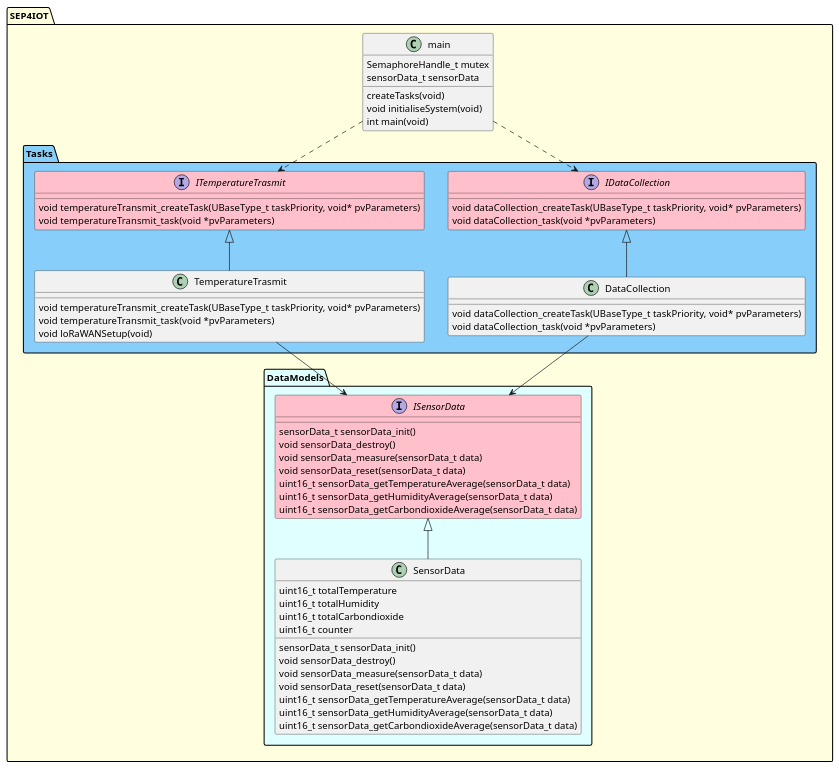
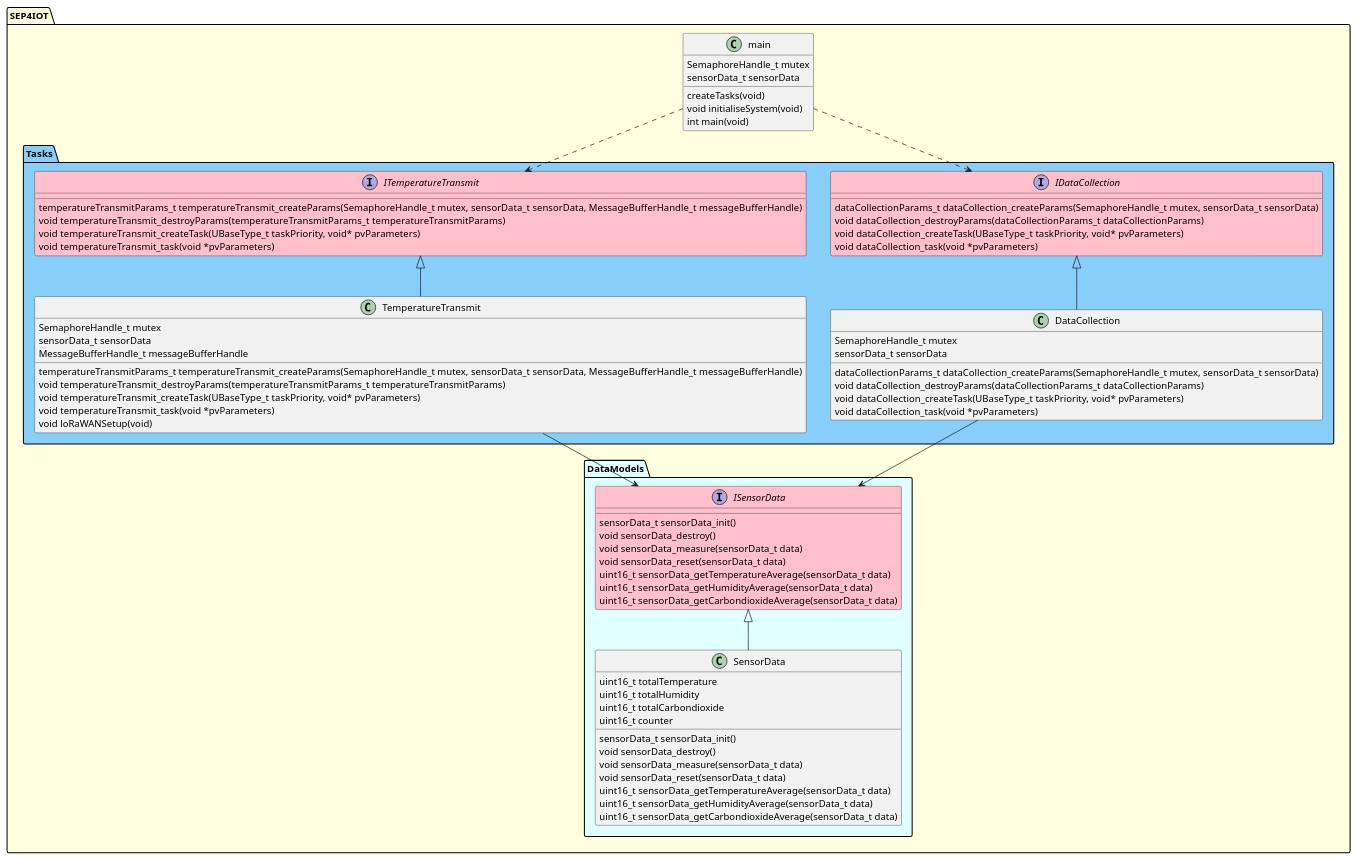
One commit to SEP4-DK1/SEP4-IOT changed the diagram in SEP4-IOT/PlantUML/classDiagram.puml. Above: the diagram before and after it, drawn with PlantUML.

Commit message:
Update classDiagram.puml
- Updated the diagram

```diff
--- a/SEP4-IOT/PlantUML/classDiagram.puml
+++ b/SEP4-IOT/PlantUML/classDiagram.puml
@@ -1,68 +1,82 @@
 @startuml ClassDiagram
 namespace SEP4IOT #LightYellow {
     class main {
         {field} SemaphoreHandle_t mutex
         {field} sensorData_t sensorData
         {method} createTasks(void)
         {method} void initialiseSystem(void)
         {method} int main(void)
     }
 
     namespace DataModels #LightCyan {
         interface ISensorData #Pink {
             {method} sensorData_t sensorData_init()
             {method} void sensorData_destroy()
             {method} void sensorData_measure(sensorData_t data)
             {method} void sensorData_reset(sensorData_t data)
             {method} uint16_t sensorData_getTemperatureAverage(sensorData_t data)
             {method} uint16_t sensorData_getHumidityAverage(sensorData_t data)
             {method} uint16_t sensorData_getCarbondioxideAverage(sensorData_t data)
         }
         
         class SensorData {
             {field} uint16_t totalTemperature
             {field} uint16_t totalHumidity
             {field} uint16_t totalCarbondioxide
             {field} uint16_t counter
             {method} sensorData_t sensorData_init()
             {method} void sensorData_destroy()
             {method} void sensorData_measure(sensorData_t data)
             {method} void sensorData_reset(sensorData_t data)
             {method} uint16_t sensorData_getTemperatureAverage(sensorData_t data)
             {method} uint16_t sensorData_getHumidityAverage(sensorData_t data)
             {method} uint16_t sensorData_getCarbondioxideAverage(sensorData_t data)
         }
         ISensorData <|-- SensorData
     }
     namespace Tasks #LightSkyBlue {
+
         interface IDataCollection #Pink {
+            {method} dataCollectionParams_t dataCollection_createParams(SemaphoreHandle_t mutex, sensorData_t sensorData)
+            {method} void dataCollection_destroyParams(dataCollectionParams_t dataCollectionParams)
             {method} void dataCollection_createTask(UBaseType_t taskPriority, void* pvParameters)
             {method} void dataCollection_task(void *pvParameters)
         }
 
         class DataCollection{
+            {field} SemaphoreHandle_t mutex
+            {field} sensorData_t sensorData
+            {method} dataCollectionParams_t dataCollection_createParams(SemaphoreHandle_t mutex, sensorData_t sensorData)
+            {method} void dataCollection_destroyParams(dataCollectionParams_t dataCollectionParams)
             {method} void dataCollection_createTask(UBaseType_t taskPriority, void* pvParameters)
             {method} void dataCollection_task(void *pvParameters)
         }
 
-        interface ITemperatureTrasmit #Pink {
+        interface ITemperatureTransmit #Pink {
+            {method} temperatureTransmitParams_t temperatureTransmit_createParams(SemaphoreHandle_t mutex, sensorData_t sensorData, MessageBufferHandle_t messageBufferHandle)
+            {method} void temperatureTransmit_destroyParams(temperatureTransmitParams_t temperatureTransmitParams)
             {method} void temperatureTransmit_createTask(UBaseType_t taskPriority, void* pvParameters)
             {method} void temperatureTransmit_task(void *pvParameters)
         }
 
-        class TemperatureTrasmit {
+        class TemperatureTransmit {
+            {field} SemaphoreHandle_t mutex
+            {field} sensorData_t sensorData
+            {field} MessageBufferHandle_t messageBufferHandle
+            {method} temperatureTransmitParams_t temperatureTransmit_createParams(SemaphoreHandle_t mutex, sensorData_t sensorData, MessageBufferHandle_t messageBufferHandle)
+            {method} void temperatureTransmit_destroyParams(temperatureTransmitParams_t temperatureTransmitParams)
             {method} void temperatureTransmit_createTask(UBaseType_t taskPriority, void* pvParameters)
             {method} void temperatureTransmit_task(void *pvParameters)
             {method} void loRaWANSetup(void)
         }
 
-        ITemperatureTrasmit <|-- TemperatureTrasmit
+        ITemperatureTransmit <|-- TemperatureTransmit
         IDataCollection <|-- DataCollection
     }
 
-    SEP4IOT.main ..> SEP4IOT.Tasks.ITemperatureTrasmit
+    SEP4IOT.main ..> SEP4IOT.Tasks.ITemperatureTransmit
     SEP4IOT.main ..> SEP4IOT.Tasks.IDataCollection
-    SEP4IOT.Tasks.TemperatureTrasmit --> SEP4IOT.DataModels.ISensorData
+    SEP4IOT.Tasks.TemperatureTransmit --> SEP4IOT.DataModels.ISensorData
     SEP4IOT.Tasks.DataCollection --> SEP4IOT.DataModels.ISensorData
 }
 @enduml
```
